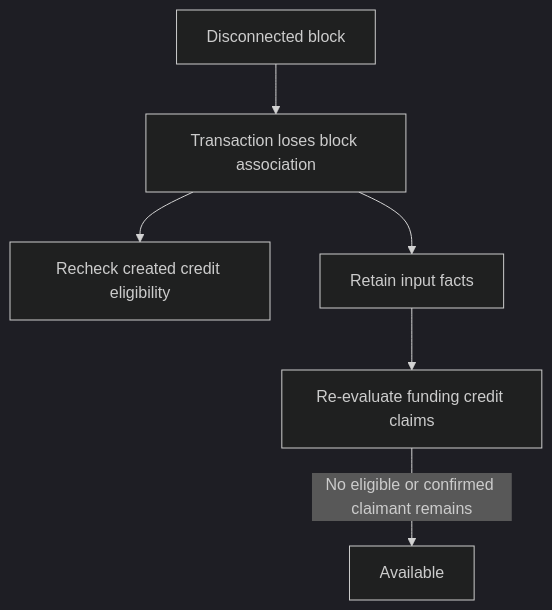
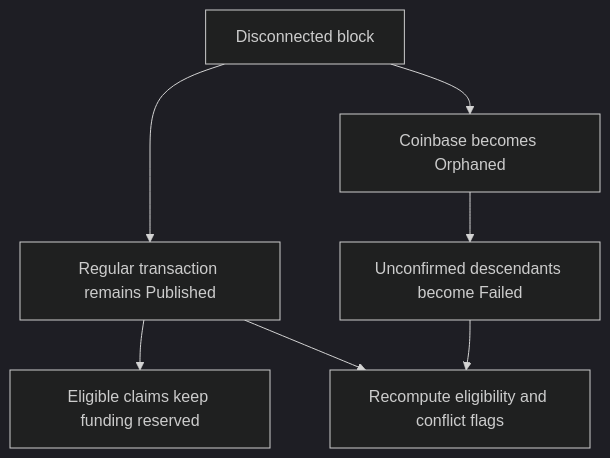
One commit to btcsuite/btcwallet changed the fourth of 6 diagrams in docs/developer/utxo_data_model.md. Above: the diagram before and after it, drawn with Mermaid (dark theme). The commit also changed other lines of this file and 1 other file, not shown here.

First line of the commit message:
docs: explain SQL credit visibility

````diff
--- a/docs/developer/utxo_data_model.md
+++ b/docs/developer/utxo_data_model.md
@@ -276,10 +243,10 @@
 ```mermaid
 graph TD
-    %% A disconnect changes eligibility without deleting recorded inputs.
-    %% Recheck all surviving claims before releasing a funding credit.
-    Block[Disconnected block] --> Tx[Transaction loses block association]
-    Tx --> Output[Recheck created credit eligibility]
-    Tx --> Inputs[Retain input facts]
-    Inputs --> Funding[Re-evaluate funding credit claims]
-    Funding -->|No eligible or confirmed claimant remains| Available[Available]
+    %% Clearing confirmation does not remove a regular transaction's input facts.
+    Block[Disconnected block] --> Regular[Regular transaction remains Published]
+    Regular --> Claims[Eligible claims keep funding reserved]
+    Block --> Coinbase[Coinbase becomes Orphaned]
+    Coinbase --> Descendants[Unconfirmed descendants become Failed]
+    Regular --> Reads[Recompute eligibility and conflict flags]
+    Descendants --> Reads
 ```
````
